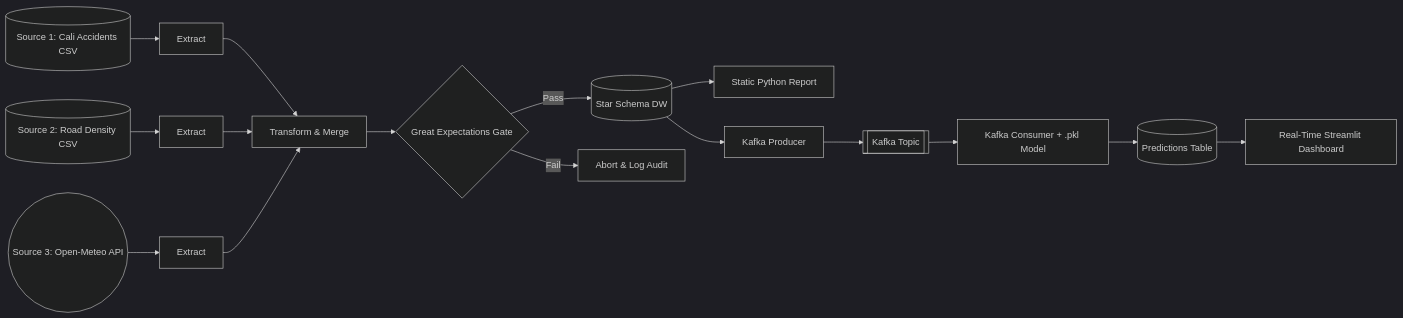
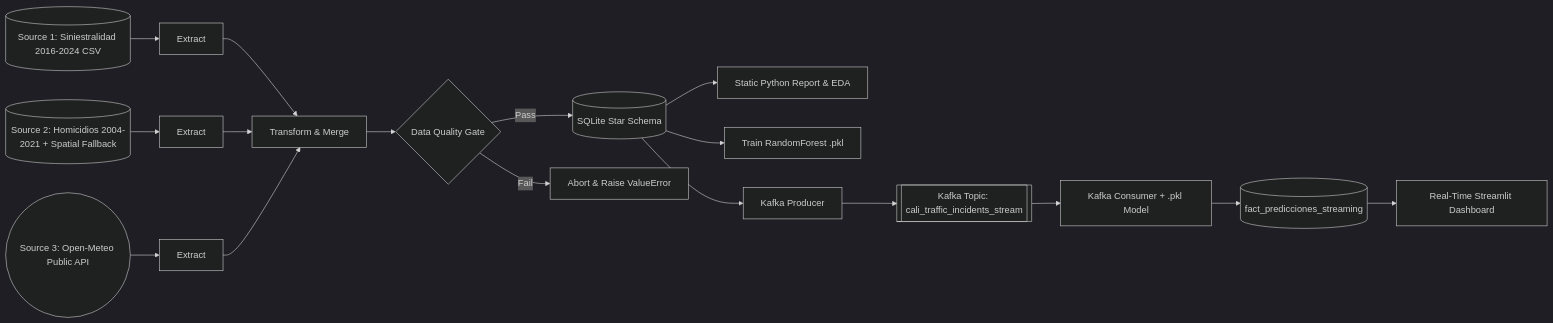
The diagram in ETL-Project-Final-Delivery/docs/TECHNICAL_REPORT.md (JulianaSerrano19/ETL-Project-Final-Delivery), drawn with Mermaid (dark theme) before and after one commit. The commit also changed other lines of this file and 14 other files, not shown here.

````diff
--- a/ETL-Project-Final-Delivery/docs/TECHNICAL_REPORT.md
+++ b/ETL-Project-Final-Delivery/docs/TECHNICAL_REPORT.md
@@ -19,16 +13,17 @@
 ```mermaid
 flowchart LR
-    S1[(Source 1: Cali Accidents CSV)] --> E1[Extract]
-    S2[(Source 2: Road Density CSV)] --> E2[Extract]
-    S3((Source 3: Open-Meteo API)) --> E3[Extract]
+    S1[(Source 1: Siniestralidad 2016-2024 CSV)] --> E1[Extract]
+    S2[(Source 2: Homicidios 2004-2021 + Spatial Fallback)] --> E2[Extract]
+    S3((Source 3: Open-Meteo Public API)) --> E3[Extract]
     E1 & E2 & E3 --> T[Transform & Merge]
-    T --> DQ{Great Expectations Gate}
-    DQ -- Pass --> DW[(Star Schema DW)]
-    DQ -- Fail --> STOP[Abort & Log Audit]
-    DW --> REP[Static Python Report]
+    T --> DQ{Data Quality Gate}
+    DQ -- Pass --> DW[(SQLite Star Schema)]
+    DQ -- Fail --> STOP[Abort & Raise ValueError]
+    DW --> REP[Static Python Report & EDA]
+    DW --> ML[Train RandomForest .pkl]
     DW --> KP[Kafka Producer]
-    KP --> KT[[Kafka Topic]]
+    KP --> KT[[Kafka Topic: cali_traffic_incidents_stream]]
     KT --> KC[Kafka Consumer + .pkl Model]
-    KC --> PRED[(Predictions Table)]
+    KC --> PRED[(fact_predicciones_streaming)]
     PRED --> DASH[Real-Time Streamlit Dashboard]
 ```
````
